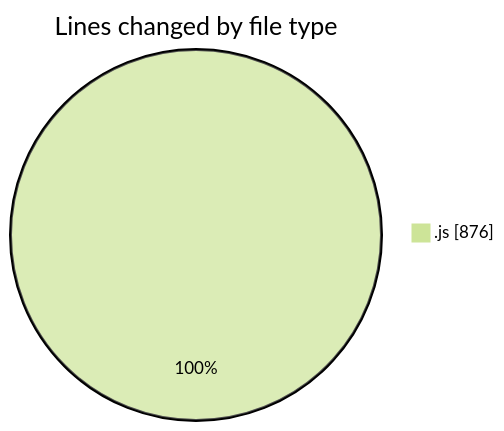
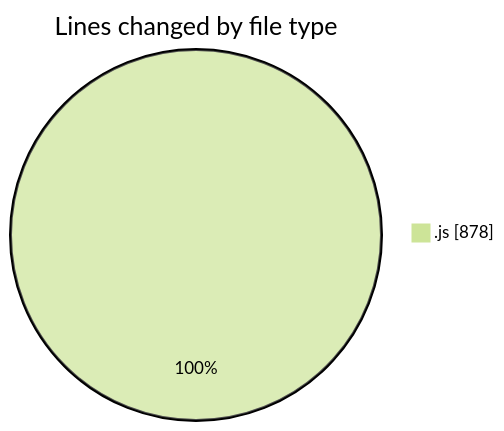
One commit to momahboobian/code-tracking changed the first of 2 diagrams in 2026-02-04/cda/README.md. Above: the diagram before and after it, drawn with Mermaid (forest theme). The commit also changed other lines of this file and 1 other file, not shown here.

````diff
--- a/2026-02-04/cda/README.md
+++ b/2026-02-04/cda/README.md
@@ -20,5 +20,5 @@
 ```mermaid
 pie showData
 title Lines changed by file type
-".js" : 876
+".js" : 878
 ```
````
